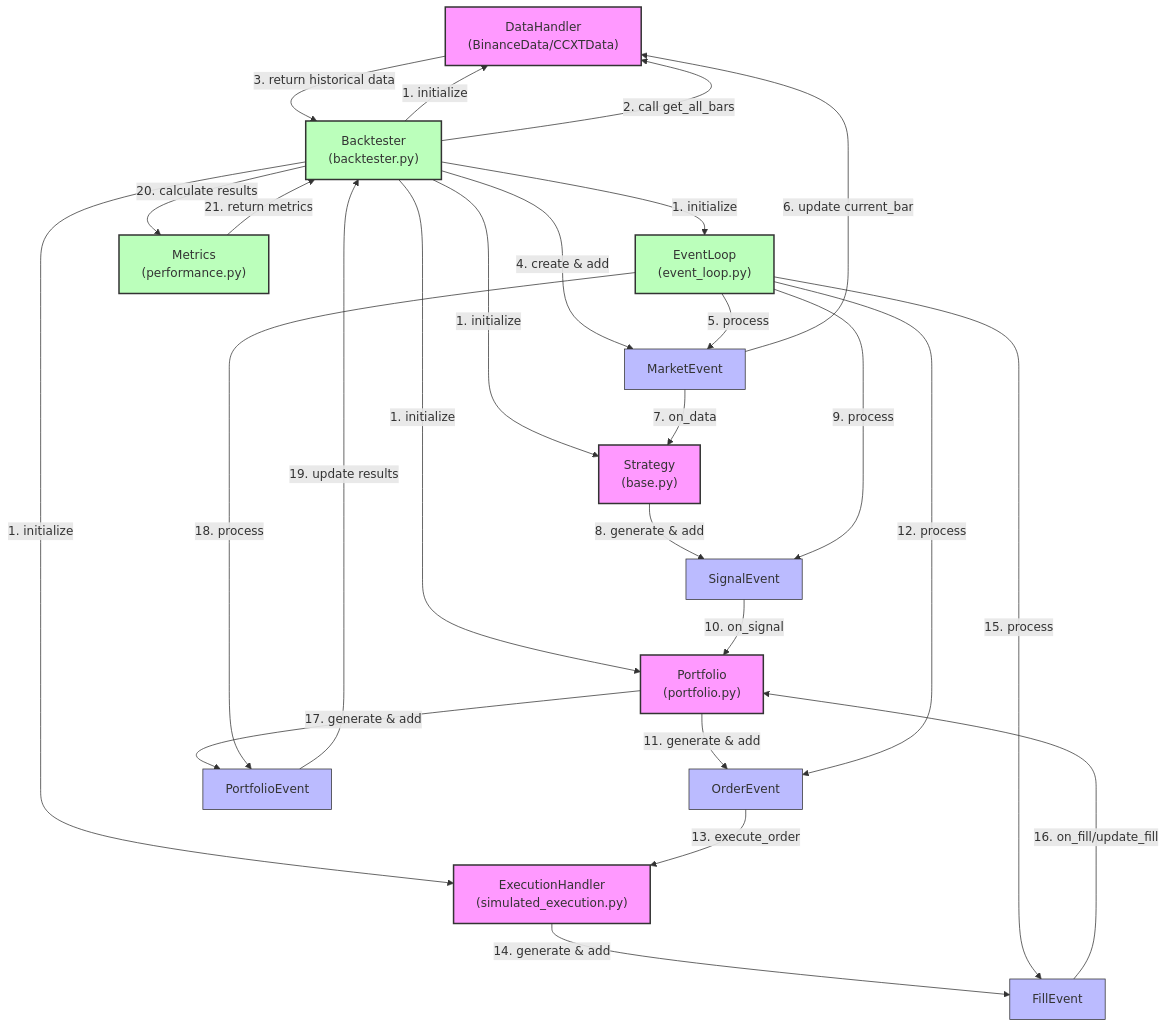
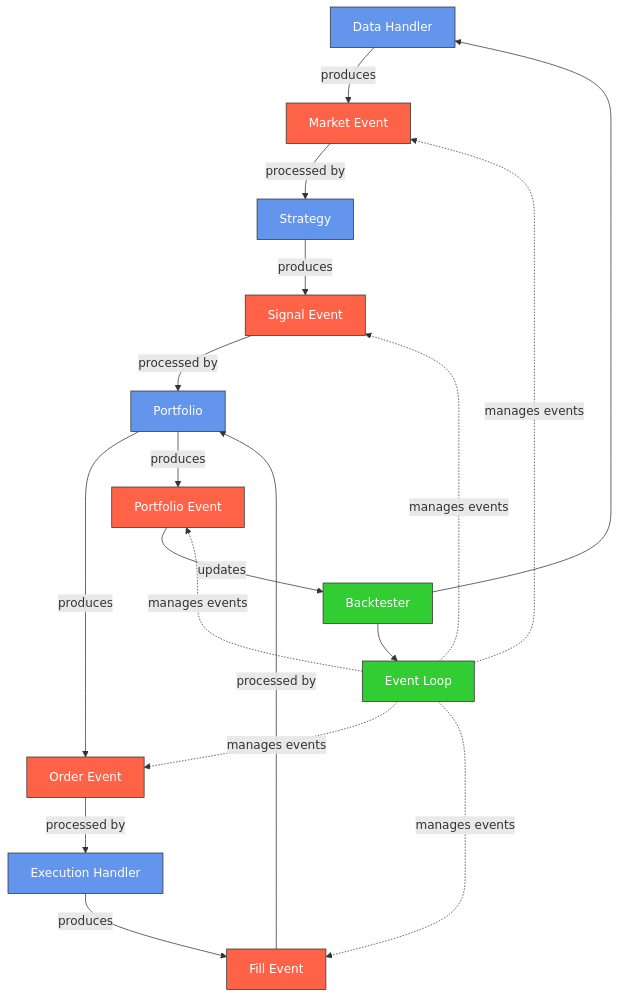
One commit to tienan92it/backtesting-system changed the diagram in README.md. Above: the diagram before and after it, drawn with Mermaid. The commit also changed other lines of this file, not shown here.

Commit message:
chore: update flowchart diagram

````diff
--- a/README.md
+++ b/README.md
@@ -5,64 +7,49 @@
 ```mermaid
-graph TB
+flowchart TD
     %% Main Components
-    DataHandler["DataHandler\n(BinanceData/CCXTData)"]
-    Strategy["Strategy\n(base.py)"]
-    Portfolio["Portfolio\n(portfolio.py)"]
-    ExecutionHandler["ExecutionHandler\n(simulated_execution.py)"]
-    EventLoop["EventLoop\n(event_loop.py)"]
-    Backtester["Backtester\n(backtester.py)"]
-    Metrics["Metrics\n(performance.py)"]
+    DataHandler["Data Handler"] 
+    Strategy["Strategy"]
+    Portfolio["Portfolio"]
+    Execution["Execution Handler"]
+    Backtester["Backtester"]
+    EventLoop["Event Loop"]
+    
+    %% Main Events
+    ME[Market Event]
+    SE[Signal Event]
+    OE[Order Event]
+    FE[Fill Event]
+    PE[Portfolio Event]
 
-    %% Event types
-    MarketEvent[MarketEvent]
-    SignalEvent[SignalEvent]
-    OrderEvent[OrderEvent]
-    FillEvent[FillEvent]
-    PortfolioEvent[PortfolioEvent]
-
-    %% Workflow initialization
-    Backtester -->|1. initialize| DataHandler
-    Backtester -->|1. initialize| Strategy
-    Backtester -->|1. initialize| Portfolio
-    Backtester -->|1. initialize| ExecutionHandler
-    Backtester -->|1. initialize| EventLoop
-
-    %% Event flow
-    Backtester -->|2. call get_all_bars| DataHandler
-    DataHandler -->|3. return historical data| Backtester
-    Backtester -->|4. create & add| MarketEvent
+    %% Flow
+    Backtester --> DataHandler
+    Backtester --> EventLoop
     
-    %% Event processing
-    EventLoop -->|5. process| MarketEvent
-    MarketEvent -->|6. update current_bar| DataHandler
-    MarketEvent -->|7. on_data| Strategy
-    Strategy -->|8. generate & add| SignalEvent
+    %% Event Flow
+    DataHandler -->|produces| ME
+    ME -->|processed by| Strategy
+    Strategy -->|produces| SE
+    SE -->|processed by| Portfolio
+    Portfolio -->|produces| OE
+    OE -->|processed by| Execution
+    Execution -->|produces| FE
+    FE -->|processed by| Portfolio
+    Portfolio -->|produces| PE
+    PE -->|updates| Backtester
     
-    EventLoop -->|9. process| SignalEvent
-    SignalEvent -->|10. on_signal| Portfolio
-    Portfolio -->|11. generate & add| OrderEvent
+    %% Event Loop coordination
+    EventLoop -.->|manages events| ME
+    EventLoop -.->|manages events| SE
+    EventLoop -.->|manages events| OE
+    EventLoop -.->|manages events| FE
+    EventLoop -.->|manages events| PE
     
-    EventLoop -->|12. process| OrderEvent
-    OrderEvent -->|13. execute_order| ExecutionHandler
-    ExecutionHandler -->|14. generate & add| FillEvent
+    %% Styling
+    classDef component fill:#6495ED,stroke:#333,stroke-width:1px,color:white;
+    classDef event fill:#FF6347,stroke:#333,stroke-width:1px,color:white;
+    classDef core fill:#32CD32,stroke:#333,stroke-width:1px,color:white;
     
-    EventLoop -->|15. process| FillEvent
-    FillEvent -->|16. on_fill/update_fill| Portfolio
-    Portfolio -->|17. generate & add| PortfolioEvent
-    
-    EventLoop -->|18. process| PortfolioEvent
-    PortfolioEvent -->|19. update results| Backtester
-
-    %% Final results processing
-    Backtester -->|20. calculate results| Metrics
-    Metrics -->|21. return metrics| Backtester
-
-    %% Styling
-    classDef component fill:#f9f,stroke:#333,stroke-width:2px;
-    classDef event fill:#bbf,stroke:#333,stroke-width:1px;
-    classDef core fill:#bfb,stroke:#333,stroke-width:2px;
-    
-    class DataHandler,Strategy,Portfolio,ExecutionHandler component;
-    class MarketEvent,SignalEvent,OrderEvent,FillEvent,PortfolioEvent event;
-    class EventLoop,Backtester,Metrics core;
+    class DataHandler,Strategy,Portfolio,Execution component;
+    class ME,SE,OE,FE,PE event;
+    class EventLoop,Backtester core;
 ```
````
